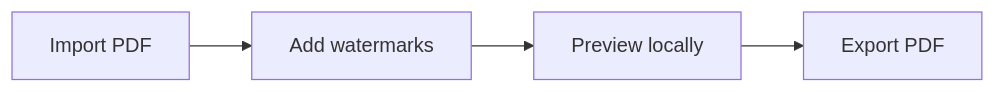
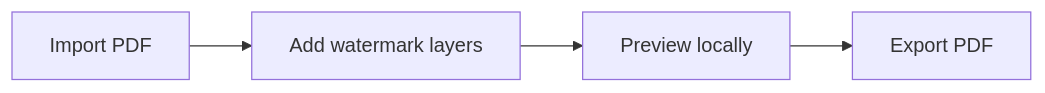
One commit to marichu-kt/GhostMark changed the diagram in README.md. Above: the diagram before and after it, drawn with Mermaid. The commit also changed other lines of this file and 33 other files, not shown here.

````diff
--- a/README.md
+++ b/README.md
@@ -13,6 +13,6 @@
 ```mermaid
 flowchart LR
-    A[Import PDF] --> B[Add watermarks]
+    A[Import PDF] --> B[Add watermark layers]
     B --> C[Preview locally]
     C --> D[Export PDF]
 ```
````
